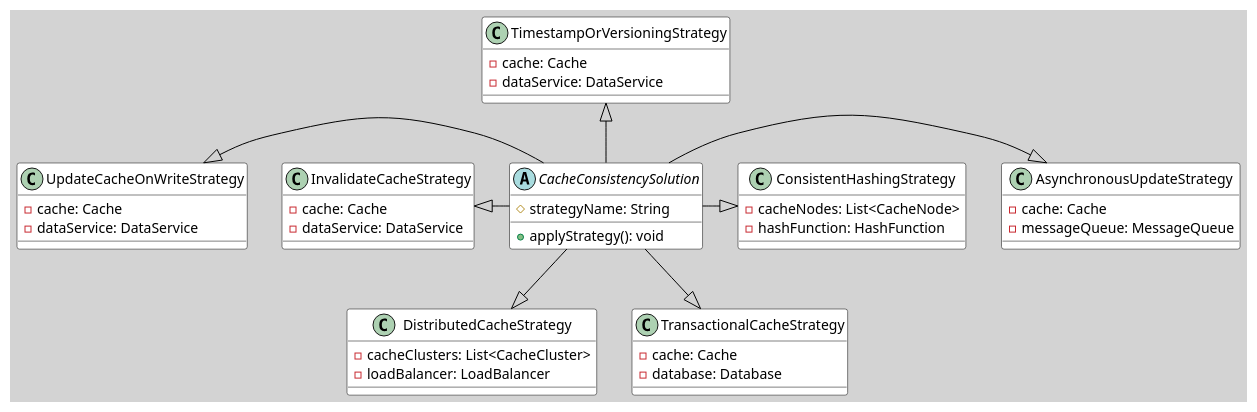
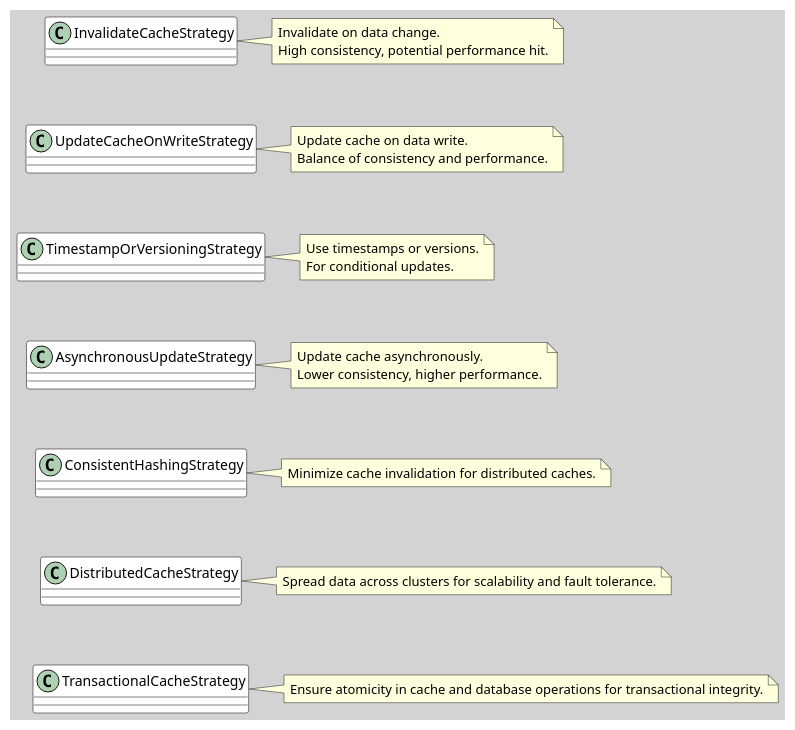
One commit to huangyingw/system_design changed the diagram in architecture_diagrams/cache_consistency_strategies.puml. Above: the diagram before and after it, drawn with PlantUML.

```diff
--- a/architecture_diagrams/cache_consistency_strategies.puml
+++ b/architecture_diagrams/cache_consistency_strategies.puml
@@ -1,49 +1,66 @@
 @startuml
 skinparam backgroundColor #D3D3D3
 skinparam class {
     BackgroundColor White
     ArrowColor Black
     BorderColor Black
 }
 
-' 抽象类
-abstract class CacheConsistencySolution {
-    #strategyName: String
-    +applyStrategy(): void
+' 定义策略类
+class InvalidateCacheStrategy {
+}
+class UpdateCacheOnWriteStrategy {
+}
+class TimestampOrVersioningStrategy {
+}
+class AsynchronousUpdateStrategy {
+}
+class ConsistentHashingStrategy {
+}
+class DistributedCacheStrategy {
+}
+class TransactionalCacheStrategy {
 }
 
-' 具体策略类
-class InvalidateCacheStrategy
-class UpdateCacheOnWriteStrategy
-class TimestampOrVersioningStrategy
-class AsynchronousUpdateStrategy
-class ConsistentHashingStrategy
-class DistributedCacheStrategy
-class TransactionalCacheStrategy
+' 垂直布局
+InvalidateCacheStrategy -[hidden]- UpdateCacheOnWriteStrategy
+UpdateCacheOnWriteStrategy -[hidden]- TimestampOrVersioningStrategy
+TimestampOrVersioningStrategy -[hidden]- AsynchronousUpdateStrategy
+AsynchronousUpdateStrategy -[hidden]- ConsistentHashingStrategy
+ConsistentHashingStrategy -[hidden]- DistributedCacheStrategy
+DistributedCacheStrategy -[hidden]- TransactionalCacheStrategy
 
-' 抽象类居中布局
-CacheConsistencySolution -left-|> InvalidateCacheStrategy
-CacheConsistencySolution -left-|> UpdateCacheOnWriteStrategy
-CacheConsistencySolution -up-|> TimestampOrVersioningStrategy
-CacheConsistencySolution -right-|> AsynchronousUpdateStrategy
-CacheConsistencySolution -right-|> ConsistentHashingStrategy
-CacheConsistencySolution -down-|> DistributedCacheStrategy
-CacheConsistencySolution -down-|> TransactionalCacheStrategy
+' 添加注释描述
+note right of InvalidateCacheStrategy
+  Invalidate on data change.
+  High consistency, potential performance hit.
+end note
 
-' 类细节
-InvalidateCacheStrategy : -cache: Cache
-InvalidateCacheStrategy : -dataService: DataService
-UpdateCacheOnWriteStrategy : -cache: Cache
-UpdateCacheOnWriteStrategy : -dataService: DataService
-TimestampOrVersioningStrategy : -cache: Cache
-TimestampOrVersioningStrategy : -dataService: DataService
-AsynchronousUpdateStrategy : -cache: Cache
-AsynchronousUpdateStrategy : -messageQueue: MessageQueue
-ConsistentHashingStrategy : -cacheNodes: List<CacheNode>
-ConsistentHashingStrategy : -hashFunction: HashFunction
-DistributedCacheStrategy : -cacheClusters: List<CacheCluster>
-DistributedCacheStrategy : -loadBalancer: LoadBalancer
-TransactionalCacheStrategy : -cache: Cache
-TransactionalCacheStrategy : -database: Database
+note right of UpdateCacheOnWriteStrategy
+  Update cache on data write.
+  Balance of consistency and performance.
+end note
+
+note right of TimestampOrVersioningStrategy
+  Use timestamps or versions.
+  For conditional updates.
+end note
+
+note right of AsynchronousUpdateStrategy
+  Update cache asynchronously.
+  Lower consistency, higher performance.
+end note
+
+note right of ConsistentHashingStrategy
+  Minimize cache invalidation for distributed caches.
+end note
+
+note right of DistributedCacheStrategy
+  Spread data across clusters for scalability and fault tolerance.
+end note
+
+note right of TransactionalCacheStrategy
+  Ensure atomicity in cache and database operations for transactional integrity.
+end note
 
 @enduml
```
